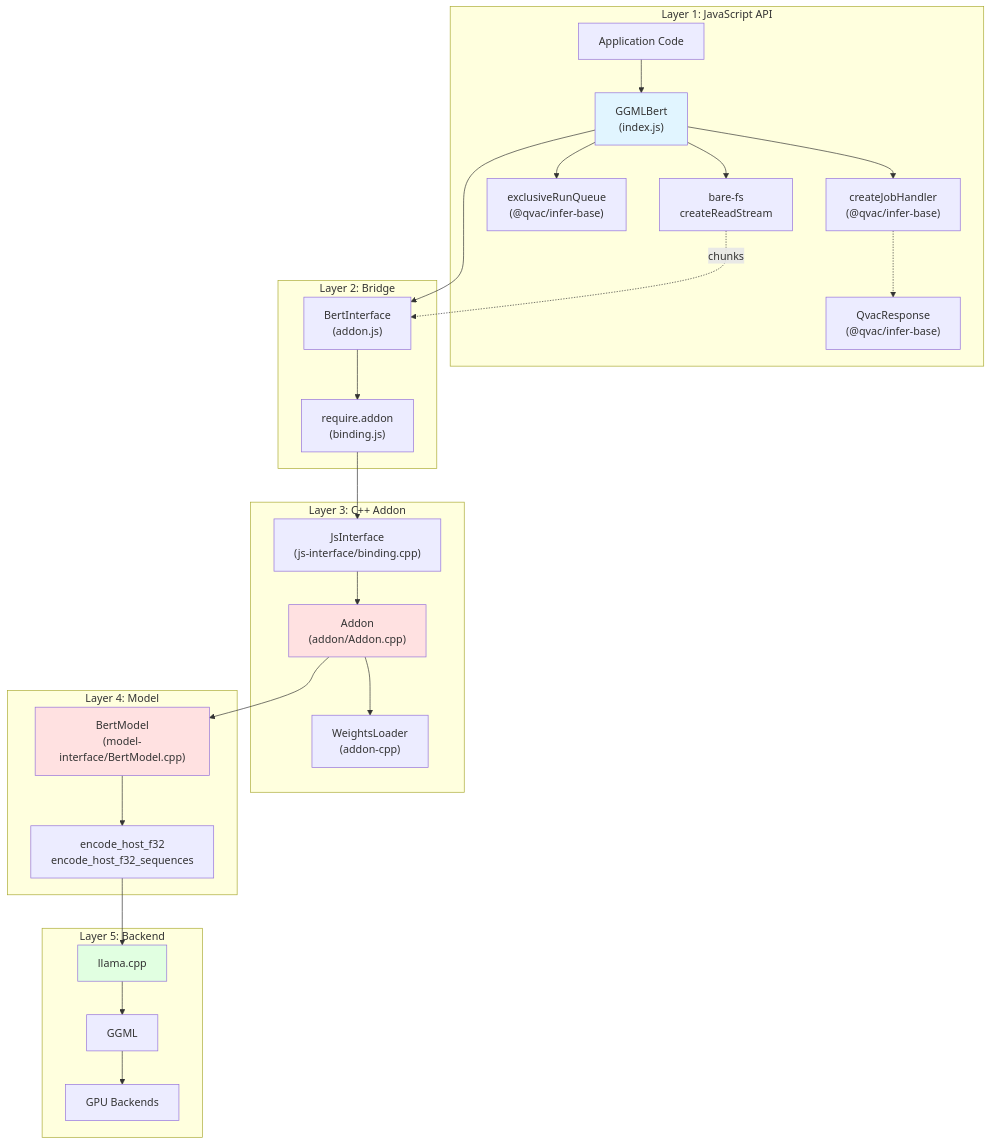
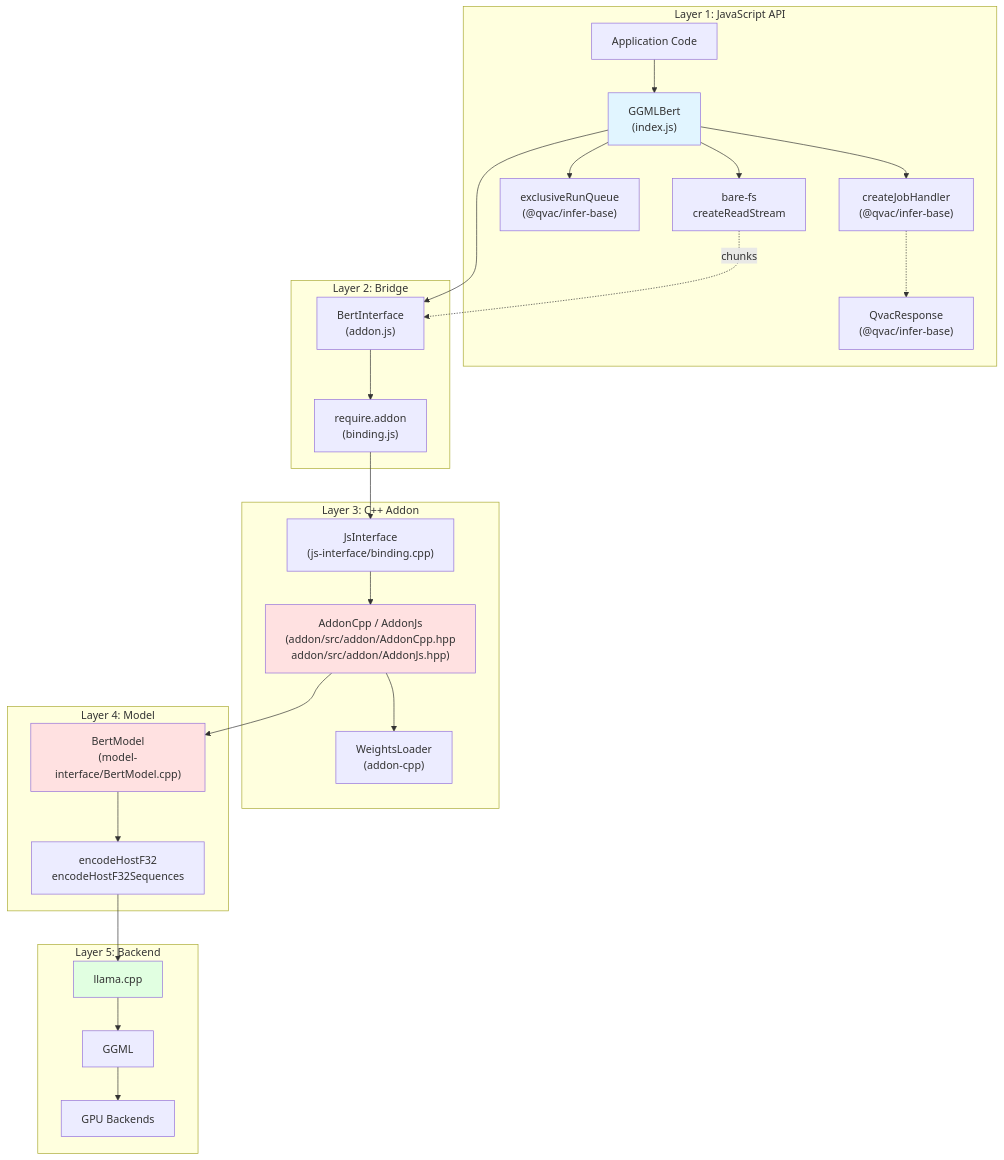
The third of 4 diagrams in packages/embed-llamacpp/docs/architecture.md (tetherto/qvac), drawn with Mermaid before and after one commit. The commit also changed other lines of this file and 7 other files, not shown here.

First line of the commit message:
doc: refresh inference addon architecture docs

````diff
--- a/packages/embed-llamacpp/docs/architecture.md
+++ b/packages/embed-llamacpp/docs/architecture.md
@@ -230,59 +236,59 @@
 ```mermaid
 graph TB
     subgraph "Layer 1: JavaScript API"
         APP["Application Code"]
         BERTCLASS["GGMLBert<br/>(index.js)"]
         JOB["createJobHandler<br/>(@qvac/infer-base)"]
         QUEUE["exclusiveRunQueue<br/>(@qvac/infer-base)"]
         RESPONSE["QvacResponse<br/>(@qvac/infer-base)"]
         BAREFS["bare-fs<br/>createReadStream"]
     end
 
     subgraph "Layer 2: Bridge"
         BERTIF["BertInterface<br/>(addon.js)"]
         BINDING["require.addon<br/>(binding.js)"]
     end
 
     subgraph "Layer 3: C++ Addon"
         JSINTERFACE["JsInterface<br/>(js-interface/binding.cpp)"]
-        ADDON["Addon<BertModel><br/>(addon/Addon.cpp)"]
+        ADDON["AddonCpp / AddonJs<br/>(addon/src/addon/AddonCpp.hpp<br/>addon/src/addon/AddonJs.hpp)"]
         WEIGHTSLOAD["WeightsLoader<br/>(addon-cpp)"]
     end
 
     subgraph "Layer 4: Model"
         BERTMODEL["BertModel<br/>(model-interface/BertModel.cpp)"]
-        ENCODE["encode_host_f32<br/>encode_host_f32_sequences"]
+        ENCODE["encodeHostF32<br/>encodeHostF32Sequences"]
     end
 
     subgraph "Layer 5: Backend"
         LLAMACPP["llama.cpp"]
         GGML["GGML"]
         GPU["GPU Backends"]
     end
 
     APP --> BERTCLASS
     BERTCLASS --> JOB
     BERTCLASS --> QUEUE
     BERTCLASS --> BERTIF
     BERTCLASS --> BAREFS
     JOB -.-> RESPONSE
 
     BERTIF --> BINDING
     BINDING --> JSINTERFACE
     BAREFS -. chunks .-> BERTIF
 
     JSINTERFACE --> ADDON
     ADDON --> WEIGHTSLOAD
     ADDON --> BERTMODEL
 
     BERTMODEL --> ENCODE
     ENCODE --> LLAMACPP
 
     LLAMACPP --> GGML
     GGML --> GPU
 
     style BERTCLASS fill:#e1f5ff
     style ADDON fill:#ffe1e1
     style BERTMODEL fill:#ffe1e1
     style LLAMACPP fill:#e1ffe1
 ```
````
